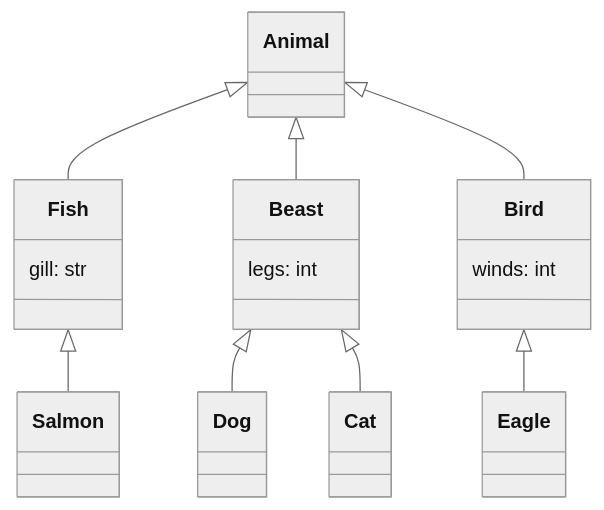
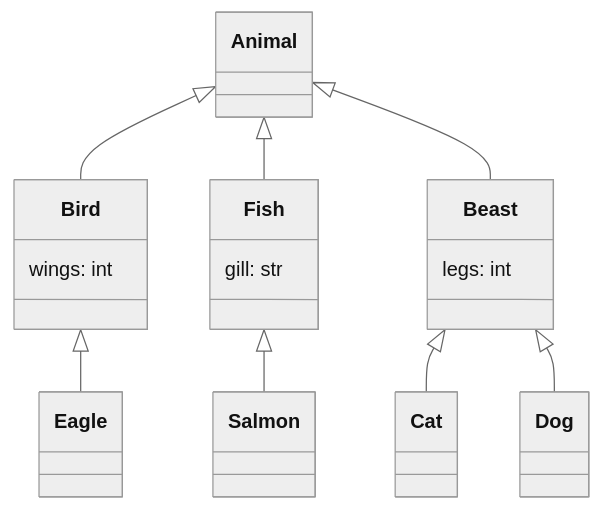
The diagram in examples/animals.md (EricWebsmith/pydantic_mermaid), drawn with Mermaid (neutral theme) before and after one commit. The commit also changed 19 other files, not shown here.

````diff
--- a/examples/animals.md
+++ b/examples/animals.md
@@ -1,38 +1,38 @@
 ```mermaid
 classDiagram
     class Animal {
     }
 
     class Fish {
         gill: str
     }
 
     class Beast {
         legs: int
     }
 
     class Bird {
-        winds: int
+        wings: int
     }
 
     class Dog {
     }
 
     class Cat {
     }
 
     class Salmon {
     }
 
     class Eagle {
     }
 
 
+    Animal <|-- Bird
     Animal <|-- Fish
     Animal <|-- Beast
-    Animal <|-- Bird
+    Beast <|-- Cat
     Beast <|-- Dog
-    Beast <|-- Cat
     Fish <|-- Salmon
     Bird <|-- Eagle
 ```
````
